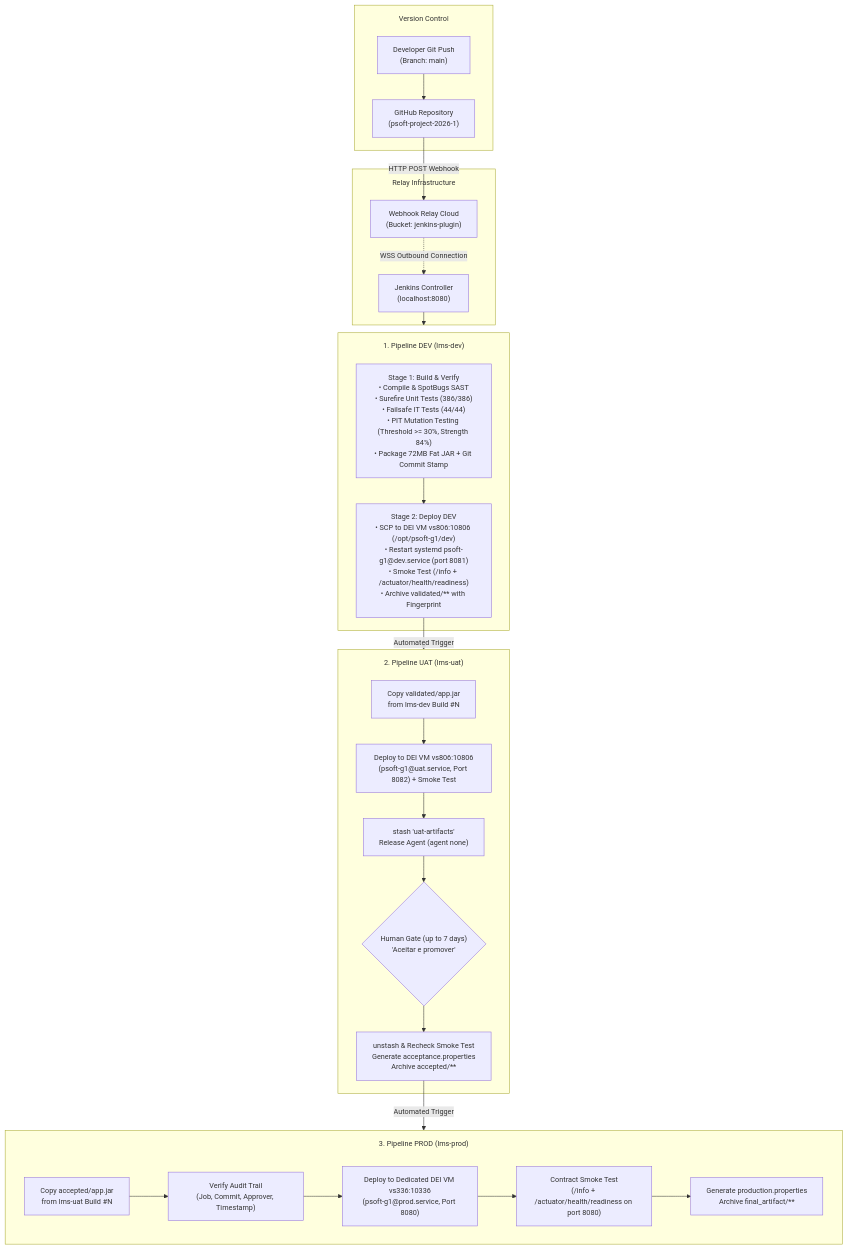
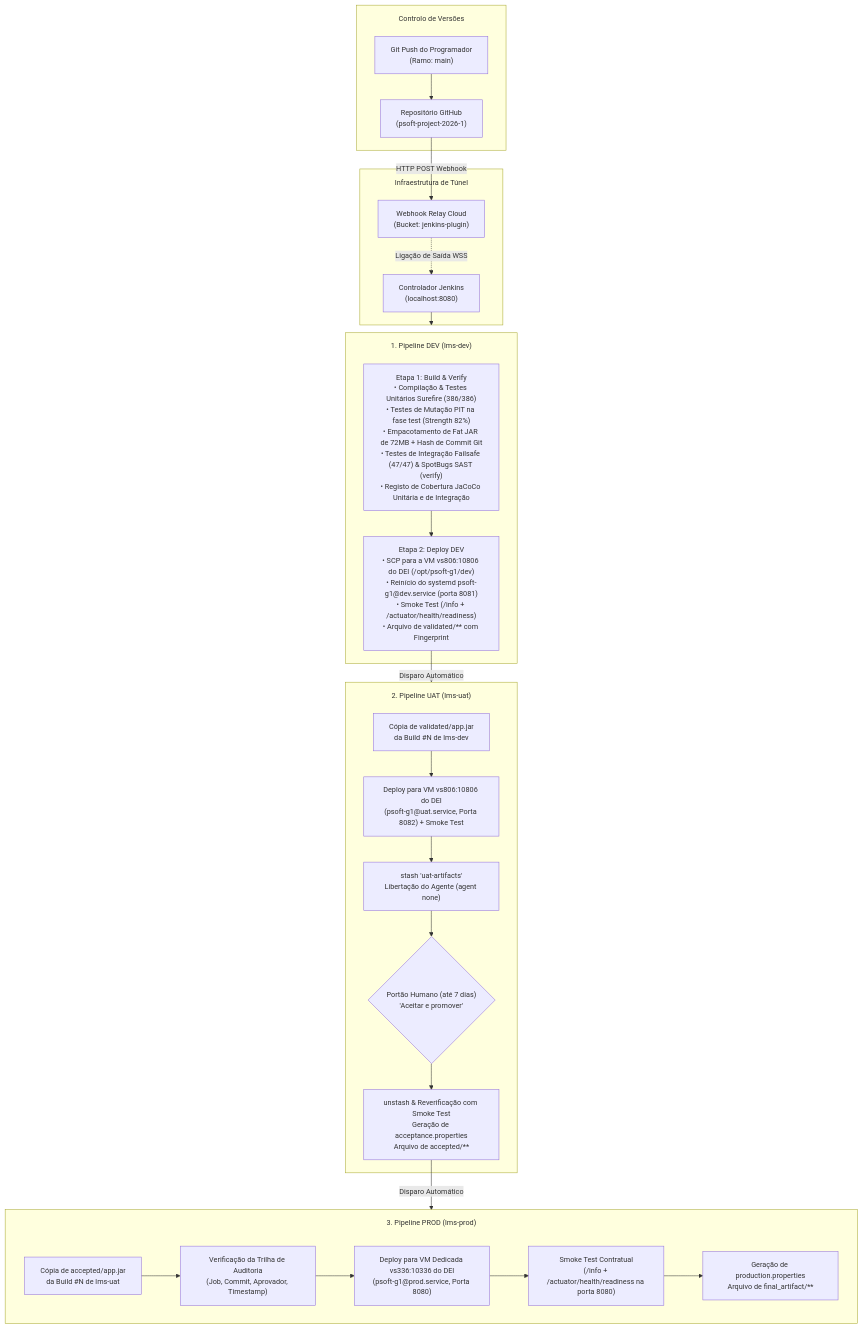
Before and after one commit to RafaelBrandao04/psoft-project-2026-1: the diagram in Docs/ODSOFT/system-to-be/system-to-be.md, drawn with Mermaid. The commit also changed other lines of this file and 11 other files, not shown here.

Commit message:
docs(odsoft): sync CI/CD and testing documentation with Build metrics and remove theoretical bloat

````diff
--- a/Docs/ODSOFT/system-to-be/system-to-be.md
+++ b/Docs/ODSOFT/system-to-be/system-to-be.md
@@ -24,42 +24,42 @@
 ```mermaid
 %%{init: {'themeVariables': { 'fontSize': '14px' }, 'flowchart': { 'subGraphTitleMargin': { 'top': 15, 'bottom': 20 } } } }%%
 flowchart TD
-    subgraph SCM["Version Control"]
-        DEV_PUSH["Developer Git Push<br/>(Branch: main)"] --> GITHUB["GitHub Repository<br/>(psoft-project-2026-1)"]
+    subgraph SCM["Controlo de Versões"]
+        DEV_PUSH["Git Push do Programador<br/>(Ramo: main)"] --> GITHUB["Repositório GitHub<br/>(psoft-project-2026-1)"]
     end
 
-    subgraph Tunnel["Relay Infrastructure"]
+    subgraph Tunnel["Infraestrutura de Túnel"]
         GITHUB -->|HTTP POST Webhook| WHR["Webhook Relay Cloud<br/>(Bucket: jenkins-plugin)"]
-        WHR -.->|WSS Outbound Connection| LOCAL_JENKINS["Jenkins Controller<br/>(localhost:8080)"]
+        WHR -.->|Ligação de Saída WSS| LOCAL_JENKINS["Controlador Jenkins<br/>(localhost:8080)"]
     end
 
     subgraph JobDEV["1. Pipeline DEV (lms-dev)"]
-        STAGE_BUILD["Stage 1: Build & Verify<br/>• Compile & SpotBugs SAST<br/>• Surefire Unit Tests (386/386)<br/>• Failsafe IT Tests (44/44)<br/>• PIT Mutation Testing (Threshold >= 30%, Strength 84%)<br/>• Package 72MB Fat JAR + Git Commit Stamp"]
-        STAGE_DEV_DEPLOY["Stage 2: Deploy DEV<br/>• SCP to DEI VM vs806:10806 (/opt/psoft-g1/dev)<br/>• Restart systemd psoft-g1@dev.service (port 8081)<br/>• Smoke Test (/info + /actuator/health/readiness)<br/>• Archive validated/** with Fingerprint"]
+        STAGE_BUILD["Etapa 1: Build & Verify<br/>• Compilação & Testes Unitários Surefire (386/386)<br/>• Testes de Mutação PIT na fase test (Strength 82%)<br/>• Empacotamento de Fat JAR de 72MB + Hash de Commit Git<br/>• Testes de Integração Failsafe (47/47) & SpotBugs SAST (verify)<br/>• Registo de Cobertura JaCoCo Unitária e de Integração"]
+        STAGE_DEV_DEPLOY["Etapa 2: Deploy DEV<br/>• SCP para a VM vs806:10806 do DEI (/opt/psoft-g1/dev)<br/>• Reinício do systemd psoft-g1@dev.service (porta 8081)<br/>• Smoke Test (/info + /actuator/health/readiness)<br/>• Arquivo de validated/** com Fingerprint"]
         STAGE_BUILD --> STAGE_DEV_DEPLOY
     end
 
     subgraph JobUAT["2. Pipeline UAT (lms-uat)"]
-        UAT_COPY["Copy validated/app.jar<br/>from lms-dev Build #N"]
-        UAT_DEPLOY["Deploy to DEI VM vs806:10806<br/>(psoft-g1@uat.service, Port 8082) + Smoke Test"]
-        UAT_STASH["stash 'uat-artifacts'<br/>Release Agent (agent none)"]
-        UAT_INPUT{"Human Gate (up to 7 days)<br/>'Aceitar e promover'"}
-        UAT_UNSTASH["unstash & Recheck Smoke Test<br/>Generate acceptance.properties<br/>Archive accepted/**"]
+        UAT_COPY["Cópia de validated/app.jar<br/>da Build #N de lms-dev"]
+        UAT_DEPLOY["Deploy para VM vs806:10806 do DEI<br/>(psoft-g1@uat.service, Porta 8082) + Smoke Test"]
+        UAT_STASH["stash 'uat-artifacts'<br/>Libertação do Agente (agent none)"]
+        UAT_INPUT{"Portão Humano (até 7 dias)<br/>'Aceitar e promover'"}
+        UAT_UNSTASH["unstash & Reverificação com Smoke Test<br/>Geração de acceptance.properties<br/>Arquivo de accepted/**"]
 
         UAT_COPY --> UAT_DEPLOY --> UAT_STASH --> UAT_INPUT --> UAT_UNSTASH
     end
 
     subgraph JobPROD["3. Pipeline PROD (lms-prod)"]
-        PROD_COPY["Copy accepted/app.jar<br/>from lms-uat Build #N"]
-        PROD_AUDIT["Verify Audit Trail<br/>(Job, Commit, Approver, Timestamp)"]
-        PROD_DEPLOY["Deploy to Dedicated DEI VM vs336:10336<br/>(psoft-g1@prod.service, Port 8080)"]
-        PROD_SMOKE["Contract Smoke Test<br/>(/info + /actuator/health/readiness on port 8080)"]
-        PROD_FINAL["Generate production.properties<br/>Archive final_artifact/**"]
+        PROD_COPY["Cópia de accepted/app.jar<br/>da Build #N de lms-uat"]
+        PROD_AUDIT["Verificação da Trilha de Auditoria<br/>(Job, Commit, Aprovador, Timestamp)"]
+        PROD_DEPLOY["Deploy para VM Dedicada vs336:10336 do DEI<br/>(psoft-g1@prod.service, Porta 8080)"]
+        PROD_SMOKE["Smoke Test Contratual<br/>(/info + /actuator/health/readiness na porta 8080)"]
+        PROD_FINAL["Geração de production.properties<br/>Arquivo de final_artifact/**"]
 
         PROD_COPY --> PROD_AUDIT --> PROD_DEPLOY --> PROD_SMOKE --> PROD_FINAL
     end
 
     LOCAL_JENKINS --> JobDEV
-    STAGE_DEV_DEPLOY -->|Automated Trigger| JobUAT
-    UAT_UNSTASH -->|Automated Trigger| JobPROD
+    STAGE_DEV_DEPLOY -->|Disparo Automático| JobUAT
+    UAT_UNSTASH -->|Disparo Automático| JobPROD
 ```
````
